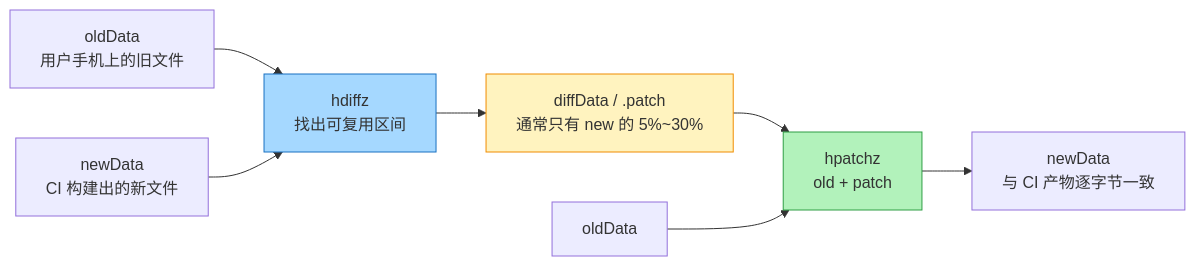
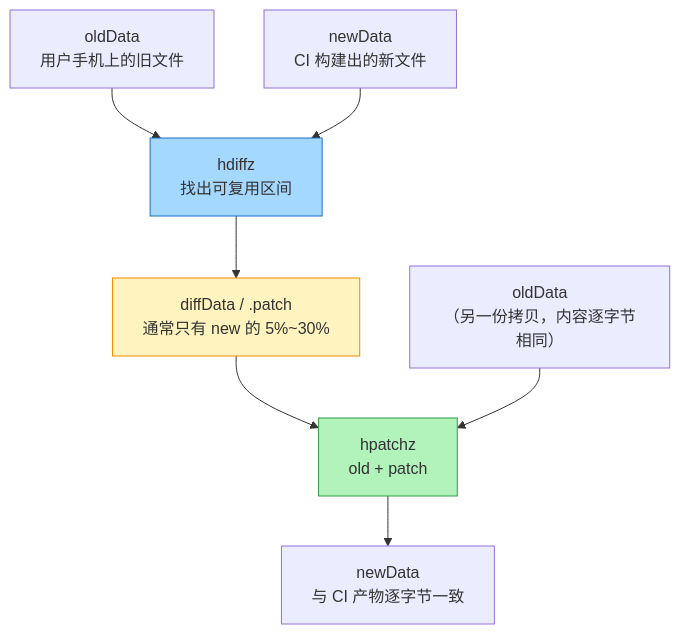
Before and after one commit to fankidark/tech-site: the first of 3 diagrams in docs/hot-update/index.md, drawn with Mermaid. The commit also changed 13 other files, not shown here.

First line of the commit message:
fix(diagram): 修复流程图节点内容显示不全 —— 宽度从最差 0.18 缩放到 0.72

````diff
--- a/docs/hot-update/index.md
+++ b/docs/hot-update/index.md
@@ -43,13 +43,13 @@
 ```mermaid
-flowchart LR
+flowchart TB
     OLD["oldData<br/>用户手机上的旧文件"] --> DIFF["hdiffz<br/>找出可复用区间"]
     NEW["newData<br/>CI 构建出的新文件"] --> DIFF
     DIFF --> P["diffData / .patch<br/>通常只有 new 的 5%~30%"]
     P --> PATCH["hpatchz<br/>old + patch"]
-    OLD2["oldData"] --> PATCH
+    OLD2["oldData<br/>（另一份拷贝，内容逐字节相同）"] --> PATCH
     PATCH --> OUT["newData<br/>与 CI 产物逐字节一致"]
 
     style DIFF fill:#a5d8ff,stroke:#1971c2
     style PATCH fill:#b2f2bb,stroke:#2f9e44
     style P fill:#fff3bf,stroke:#f08c00
 ```
````
